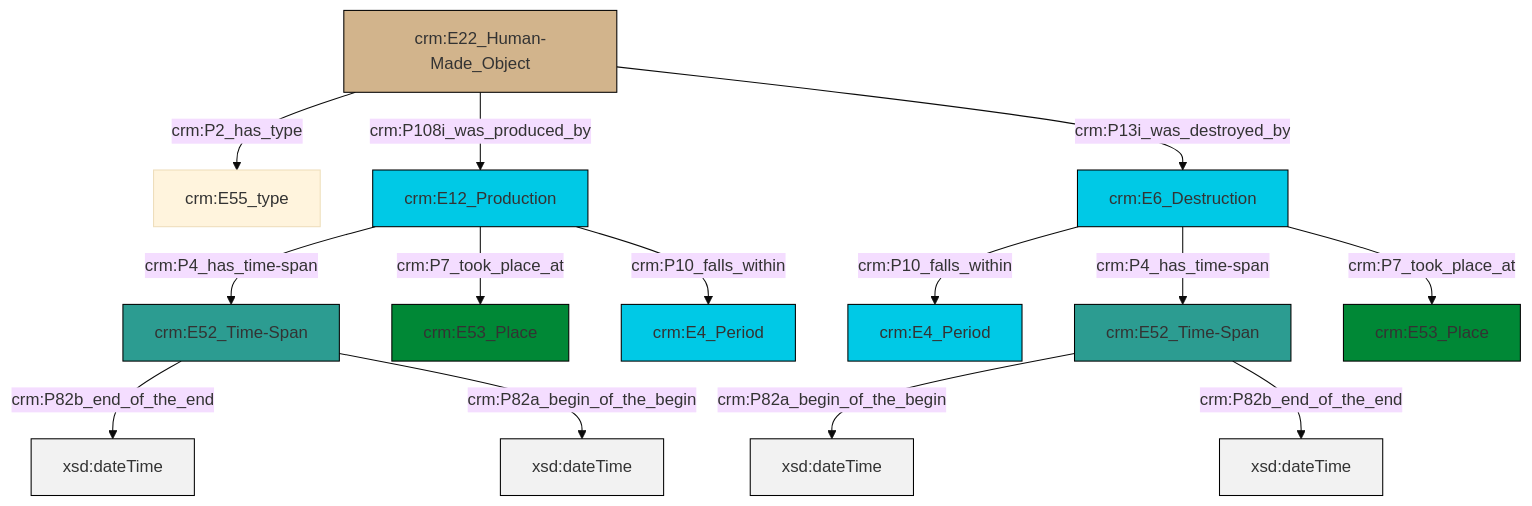
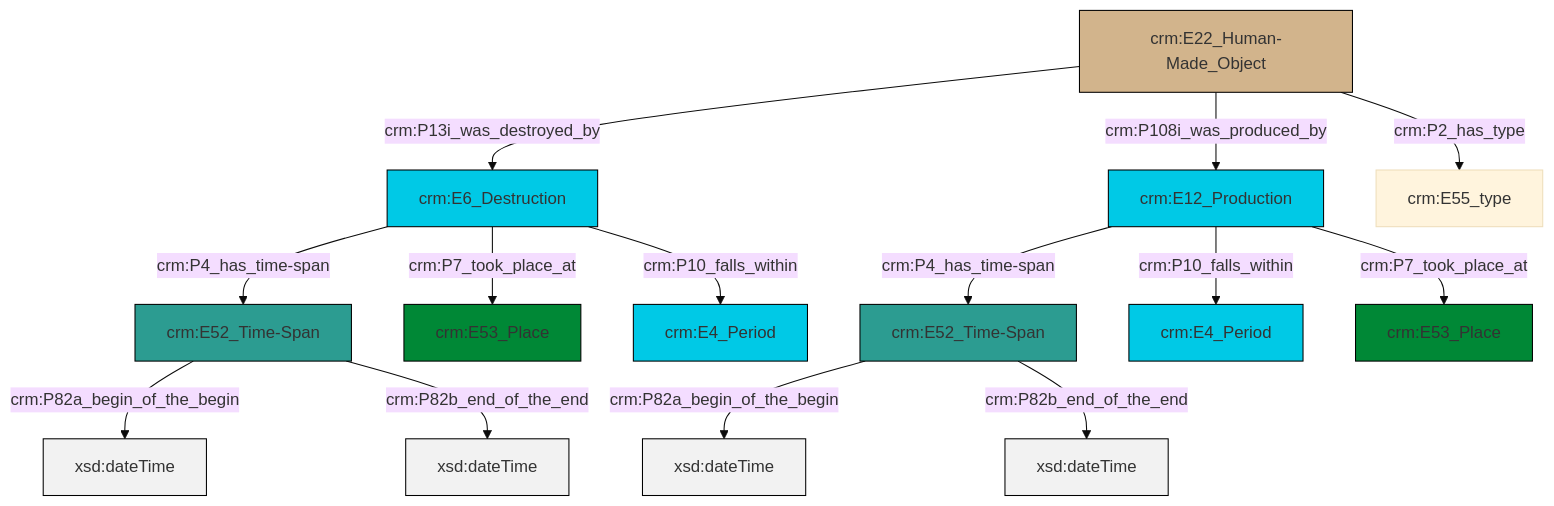
The diagram in et/builtWorkCSV/ttl/mmd/Built_Work_existence.ttl.mmd (swiss-art-research-net/docs.swissartresearch), drawn with Mermaid (base theme) before and after one commit. The commit also changed 177 other files, not shown here.

```diff
--- a/et/builtWorkCSV/ttl/mmd/Built_Work_existence.ttl.mmd
+++ b/et/builtWorkCSV/ttl/mmd/Built_Work_existence.ttl.mmd
@@ -1,28 +1,28 @@
 graph TD
 classDef Literal fill:#f2f2f2,stroke:#000000;
 classDef CRM_Entity fill:#FFFFFF,stroke:#000000;
 classDef Temporal_Entity fill:#00C9E6, stroke:#000000;
 classDef Type fill:#E18312, stroke:#000000;
 classDef Time-Span fill:#2C9C91, stroke:#000000;
 classDef Appellation fill:#FFEB7F, stroke:#000000;
 classDef Place fill:#008836, stroke:#000000;
 classDef Persistent_Item fill:#B266B2, stroke:#000000;
 classDef Conceptual_Object fill:#FFD700, stroke:#000000;
 classDef Physical_Thing fill:#D2B48C, stroke:#000000;
 classDef Actor fill:#f58aad, stroke:#000000;
 classDef PC_Classes fill:#4ce600, stroke:#000000;
 classDef Multi fill:#cccccc,stroke:#000000;
 
-0["crm:E22_Human-Made_Object"]:::Physical_Thing -->|crm:P2_has_type| 1["crm:E55_type"]:::Default
-4["crm:E52_Time-Span"]:::Time-Span -->|crm:P82a_begin_of_the_begin| 5[xsd:dateTime]:::Literal
-10["crm:E52_Time-Span"]:::Time-Span -->|crm:P82b_end_of_the_end| 11[xsd:dateTime]:::Literal
-10["crm:E52_Time-Span"]:::Time-Span -->|crm:P82a_begin_of_the_begin| 18[xsd:dateTime]:::Literal
-0["crm:E22_Human-Made_Object"]:::Physical_Thing -->|crm:P108i_was_produced_by| 19["crm:E12_Production"]:::Temporal_Entity
-0["crm:E22_Human-Made_Object"]:::Physical_Thing -->|crm:P13i_was_destroyed_by| 2["crm:E6_Destruction"]:::Temporal_Entity
-2["crm:E6_Destruction"]:::Temporal_Entity -->|crm:P10_falls_within| 8["crm:E4_Period"]:::Temporal_Entity
-2["crm:E6_Destruction"]:::Temporal_Entity -->|crm:P4_has_time-span| 4["crm:E52_Time-Span"]:::Time-Span
-19["crm:E12_Production"]:::Temporal_Entity -->|crm:P4_has_time-span| 10["crm:E52_Time-Span"]:::Time-Span
-19["crm:E12_Production"]:::Temporal_Entity -->|crm:P7_took_place_at| 16["crm:E53_Place"]:::Place
-4["crm:E52_Time-Span"]:::Time-Span -->|crm:P82b_end_of_the_end| 23[xsd:dateTime]:::Literal
-19["crm:E12_Production"]:::Temporal_Entity -->|crm:P10_falls_within| 6["crm:E4_Period"]:::Temporal_Entity
-2["crm:E6_Destruction"]:::Temporal_Entity -->|crm:P7_took_place_at| 13["crm:E53_Place"]:::Place
+0["crm:E52_Time-Span"]:::Time-Span -->|crm:P82a_begin_of_the_begin| 1[xsd:dateTime]:::Literal
+2["crm:E6_Destruction"]:::Temporal_Entity -->|crm:P4_has_time-span| 3["crm:E52_Time-Span"]:::Time-Span
+4["crm:E12_Production"]:::Temporal_Entity -->|crm:P4_has_time-span| 0["crm:E52_Time-Span"]:::Time-Span
+3["crm:E52_Time-Span"]:::Time-Span -->|crm:P82a_begin_of_the_begin| 5[xsd:dateTime]:::Literal
+2["crm:E6_Destruction"]:::Temporal_Entity -->|crm:P7_took_place_at| 11["crm:E53_Place"]:::Place
+6["crm:E22_Human-Made_Object"]:::Physical_Thing -->|crm:P13i_was_destroyed_by| 2["crm:E6_Destruction"]:::Temporal_Entity
+0["crm:E52_Time-Span"]:::Time-Span -->|crm:P82b_end_of_the_end| 13[xsd:dateTime]:::Literal
+6["crm:E22_Human-Made_Object"]:::Physical_Thing -->|crm:P108i_was_produced_by| 4["crm:E12_Production"]:::Temporal_Entity
+6["crm:E22_Human-Made_Object"]:::Physical_Thing -->|crm:P2_has_type| 8["crm:E55_type"]:::Default
+3["crm:E52_Time-Span"]:::Time-Span -->|crm:P82b_end_of_the_end| 20[xsd:dateTime]:::Literal
+4["crm:E12_Production"]:::Temporal_Entity -->|crm:P10_falls_within| 14["crm:E4_Period"]:::Temporal_Entity
+2["crm:E6_Destruction"]:::Temporal_Entity -->|crm:P10_falls_within| 21["crm:E4_Period"]:::Temporal_Entity
+4["crm:E12_Production"]:::Temporal_Entity -->|crm:P7_took_place_at| 18["crm:E53_Place"]:::Place
```
